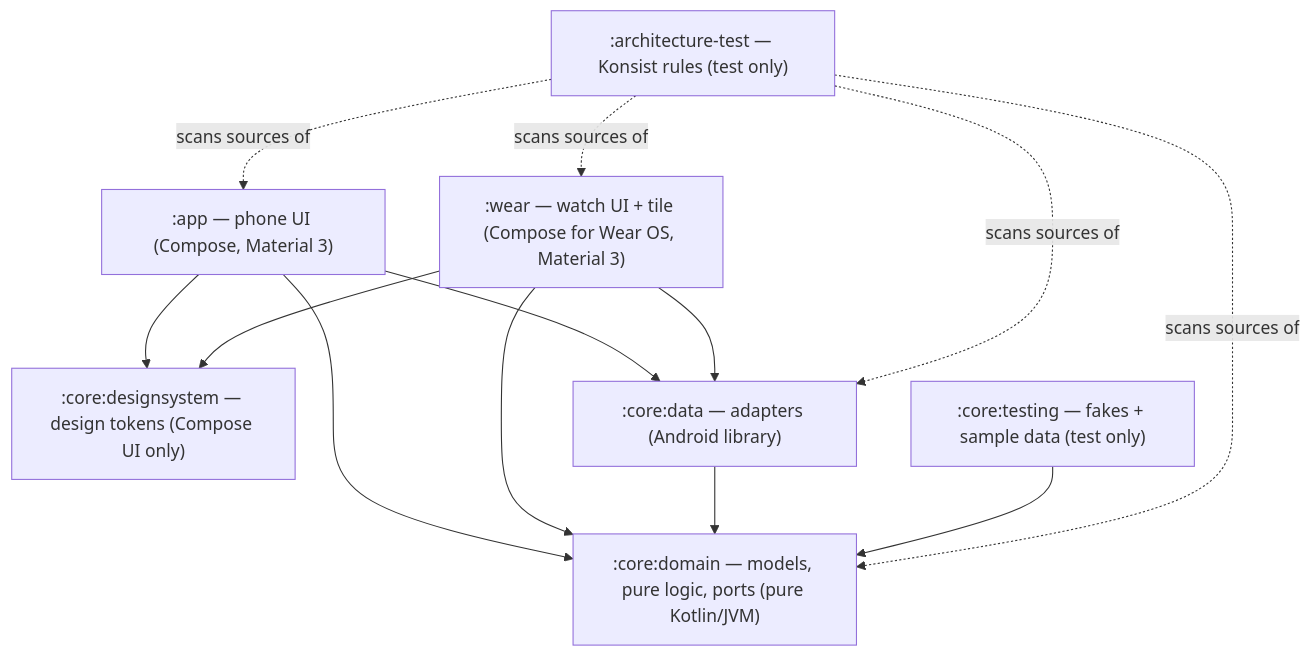
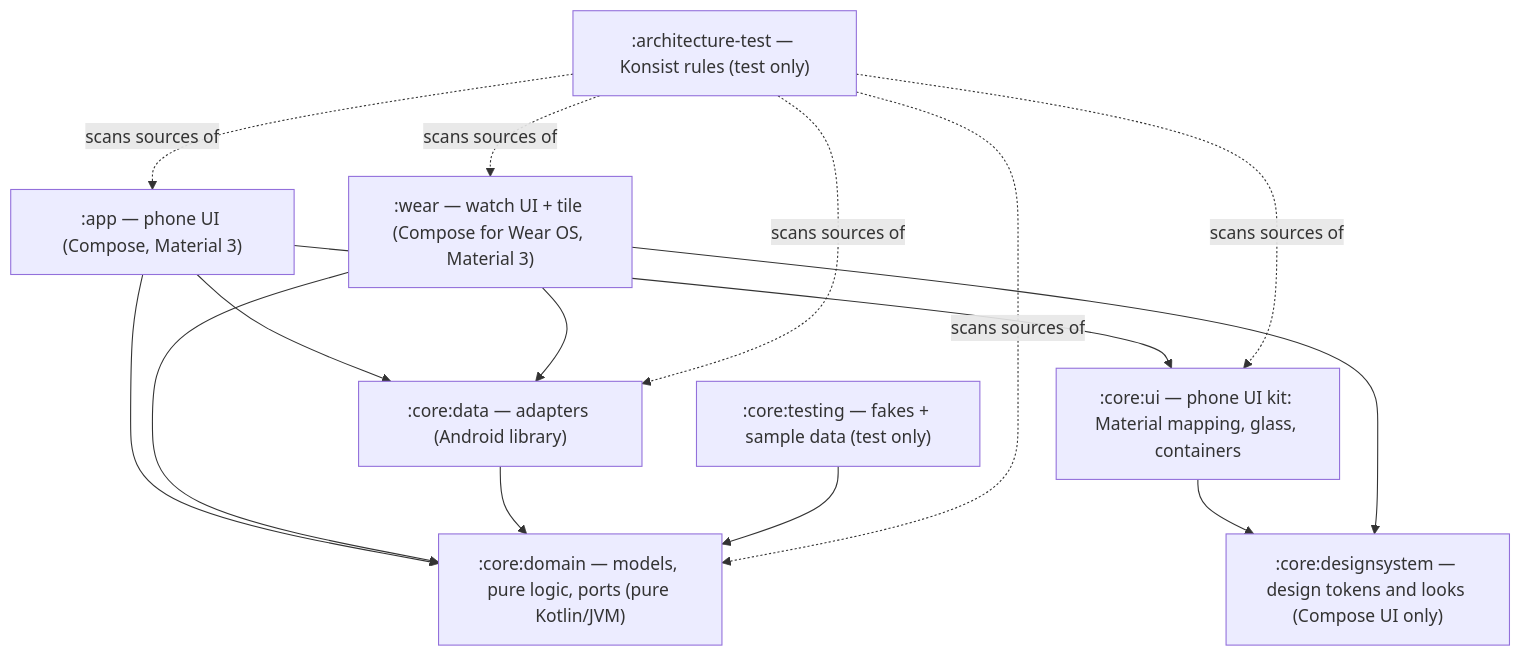
One commit to Fa-d/QIt changed the diagram in docs/ARCHITECTURE.md. Above: the diagram before and after it, drawn with Mermaid. The commit also changed other lines of this file and 10 other files, not shown here.

Commit message:
chore: Every screen on the kit, so the kit rule is strict; the docs describe looks and the kit

````diff
--- a/docs/ARCHITECTURE.md
+++ b/docs/ARCHITECTURE.md
@@ -10,23 +10,26 @@
 ```mermaid
 flowchart TD
     app[":app — phone UI (Compose, Material 3)"]
     wear[":wear — watch UI + tile (Compose for Wear OS, Material 3)"]
-    ds[":core:designsystem — design tokens (Compose UI only)"]
+    ds[":core:designsystem — design tokens and looks (Compose UI only)"]
+    ui[":core:ui — phone UI kit: Material mapping, glass, containers"]
     data[":core:data — adapters (Android library)"]
     domain[":core:domain — models, pure logic, ports (pure Kotlin/JVM)"]
     testing[":core:testing — fakes + sample data (test only)"]
     arch[":architecture-test — Konsist rules (test only)"]
 
     app --> data
     app --> domain
-    app --> ds
+    app --> ui
+    ui --> ds
     wear --> data
     wear --> domain
     wear --> ds
     data --> domain
     testing --> domain
     arch -.->|scans sources of| app
+    arch -.->|scans sources of| ui
     arch -.->|scans sources of| wear
     arch -.->|scans sources of| data
     arch -.->|scans sources of| domain
 ```
````
